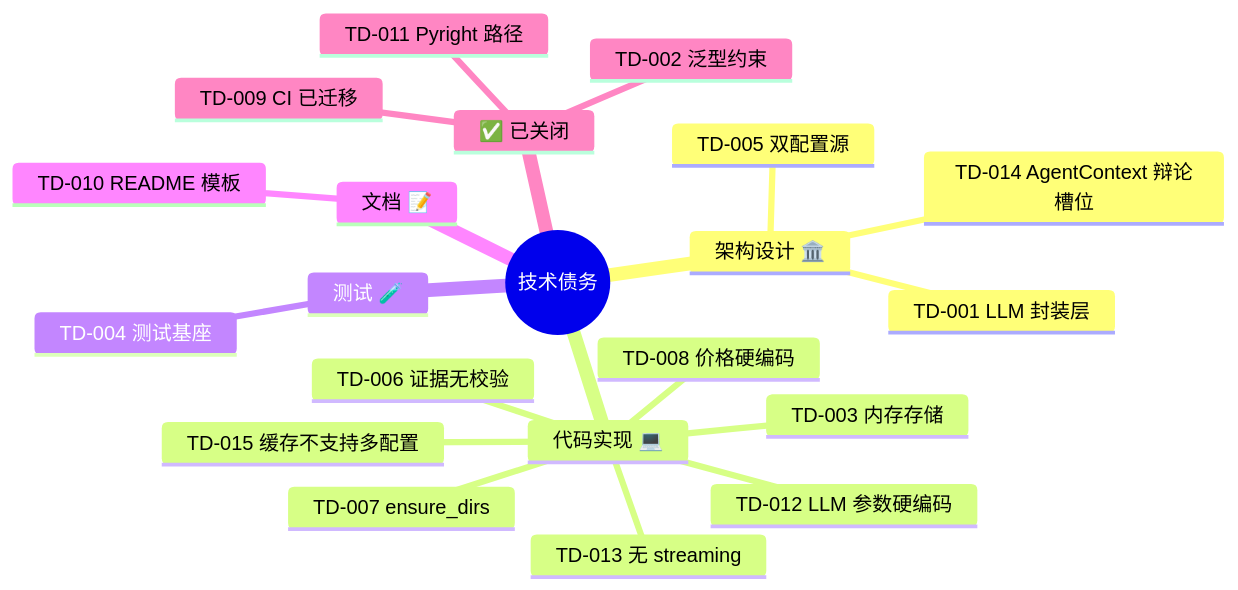
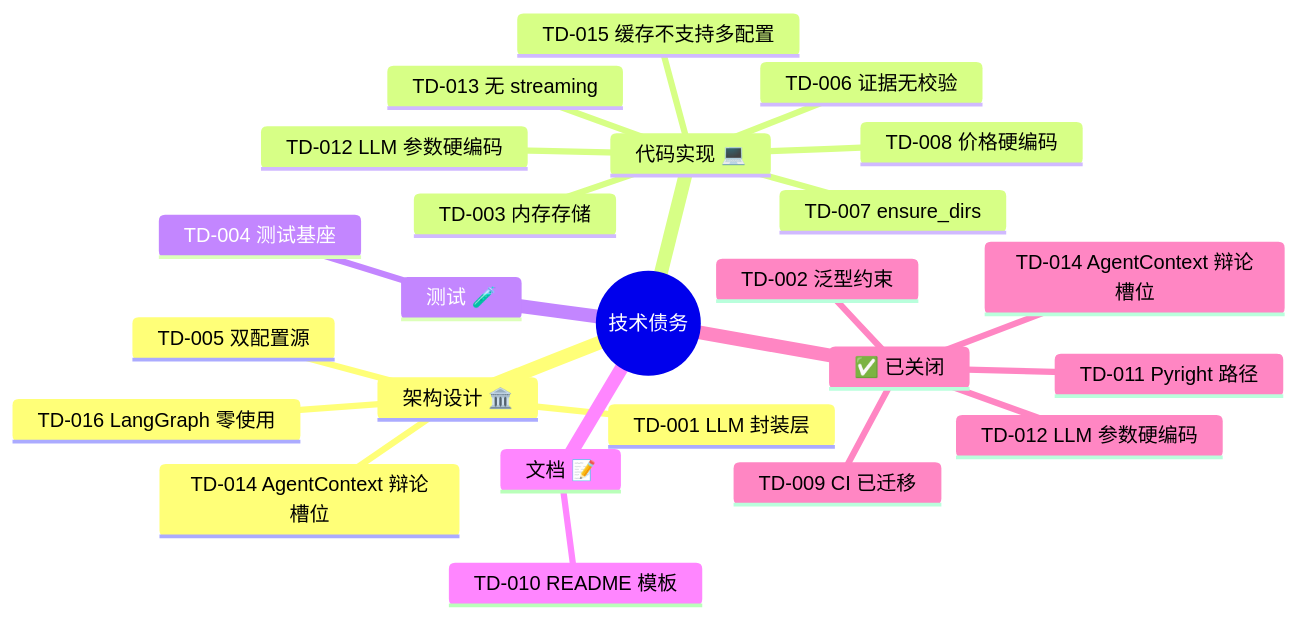
One commit to NoahLightryyy/litchi-head changed the second of 3 diagrams in docs/技术债务与架构决策/技术债务日志.md. Above: the diagram before and after it, drawn with Mermaid. The commit also changed other lines of this file and 3 other files, not shown here.

````diff
--- a/docs/技术债务与架构决策/技术债务日志.md
+++ b/docs/技术债务与架构决策/技术债务日志.md
@@ -796,24 +847,27 @@
 ```mermaid
 mindmap
   root((技术债务))
     架构设计 🏛️
       TD-001 LLM 封装层
       TD-005 双配置源
       TD-014 AgentContext 辩论槽位
+      TD-016 LangGraph 零使用
     代码实现 💻
       TD-003 内存存储
       TD-006 证据无校验
       TD-007 ensure_dirs
       TD-008 价格硬编码
       TD-012 LLM 参数硬编码
       TD-013 无 streaming
       TD-015 缓存不支持多配置
     测试 🧪
       TD-004 测试基座
     文档 📝
       TD-010 README 模板
     ✅ 已关闭
       TD-002 泛型约束
       TD-009 CI 已迁移
       TD-011 Pyright 路径
+      TD-012 LLM 参数硬编码
+      TD-014 AgentContext 辩论槽位
 ```
````
